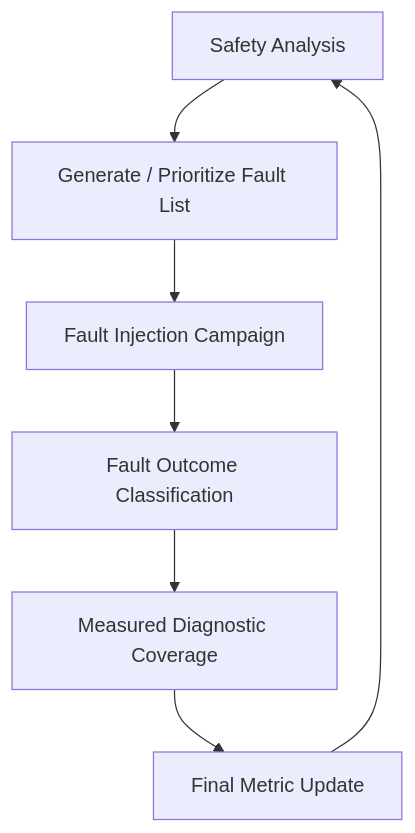
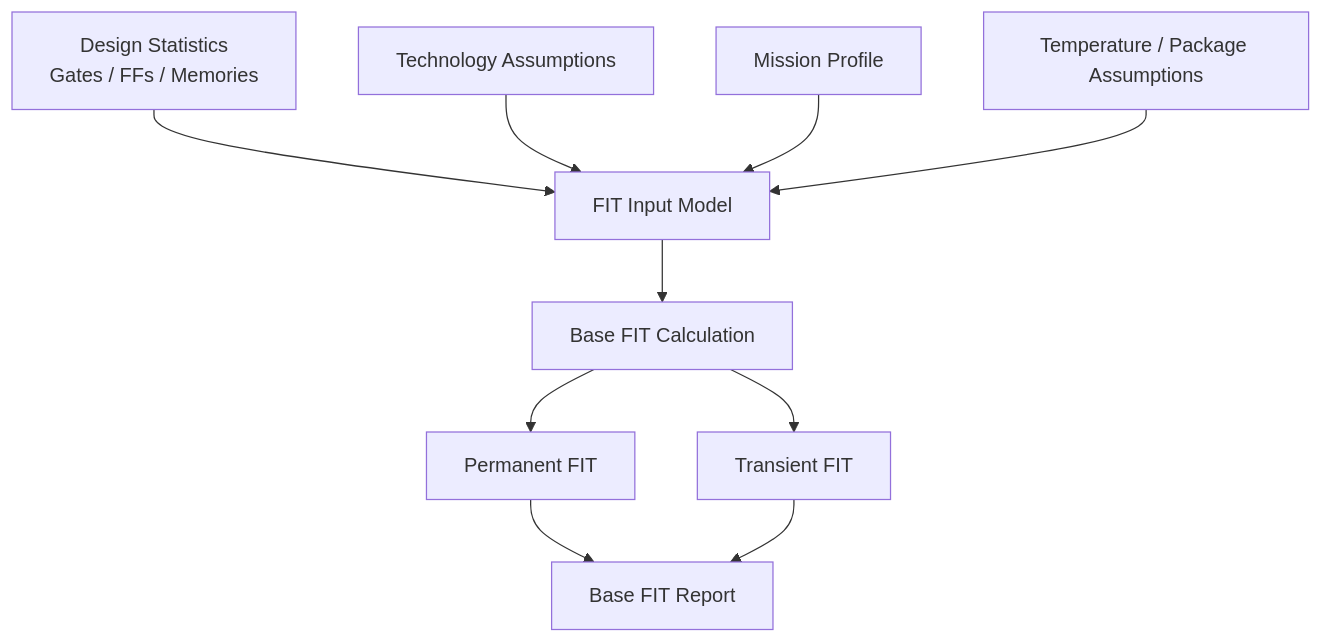
One commit to qiqixixi1001/automotive-safeic-practice changed the fourth of 12 diagrams in articles/01_automotive_safeic_practice_d01_github_en_revised.md. Above: the diagram before and after it, drawn with Mermaid. The commit also changed other lines of this file, not shown here.

````diff
--- a/articles/01_automotive_safeic_practice_d01_github_en_revised.md
+++ b/articles/01_automotive_safeic_practice_d01_github_en_revised.md
@@ -305,9 +253,12 @@
 ```mermaid
 flowchart TD
-    A[Safety Analysis] --> B[Generate / Prioritize Fault List]
-    B --> C[Fault Injection Campaign]
-    C --> D[Fault Outcome Classification]
-    D --> E[Measured Diagnostic Coverage]
-    E --> F[Final Metric Update]
-    F --> A
+    A[Design Statistics<br/>Gates / FFs / Memories] --> B[FIT Input Model]
+    C[Technology Assumptions] --> B
+    D[Mission Profile] --> B
+    E[Temperature / Package Assumptions] --> B
+    B --> F[Base FIT Calculation]
+    F --> G[Permanent FIT]
+    F --> H[Transient FIT]
+    G --> I[Base FIT Report]
+    H --> I
 ```
````
